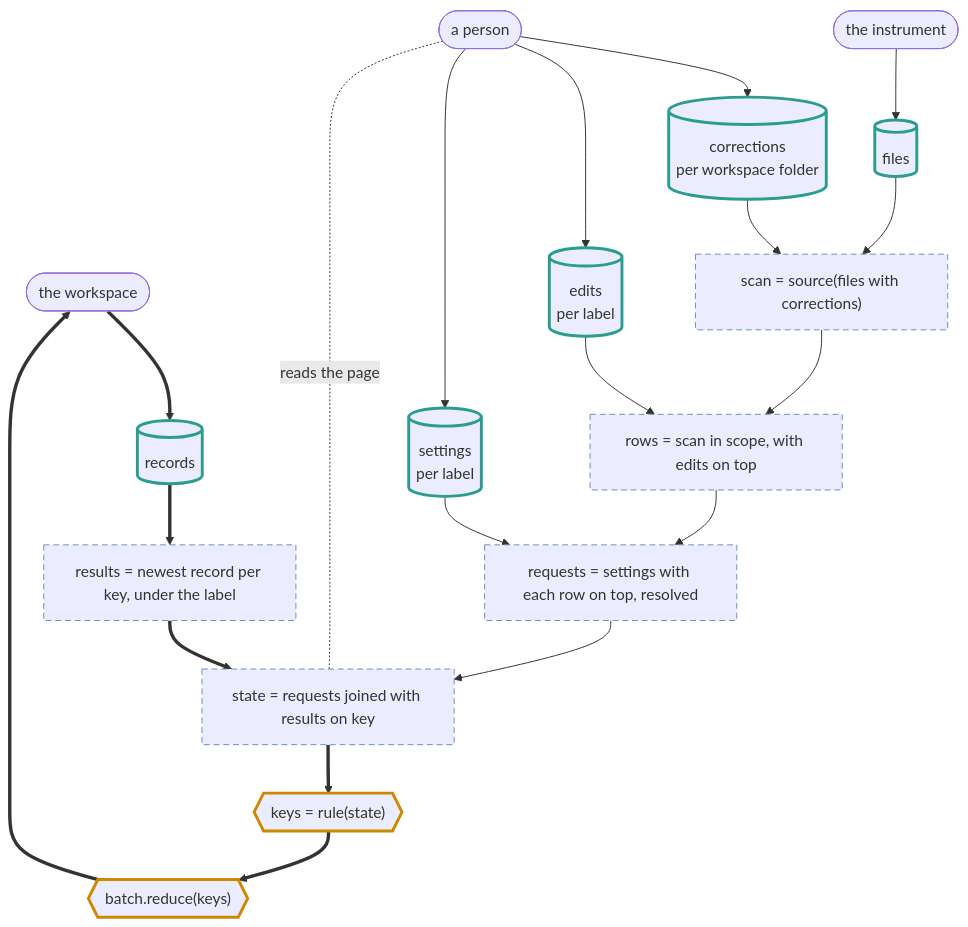
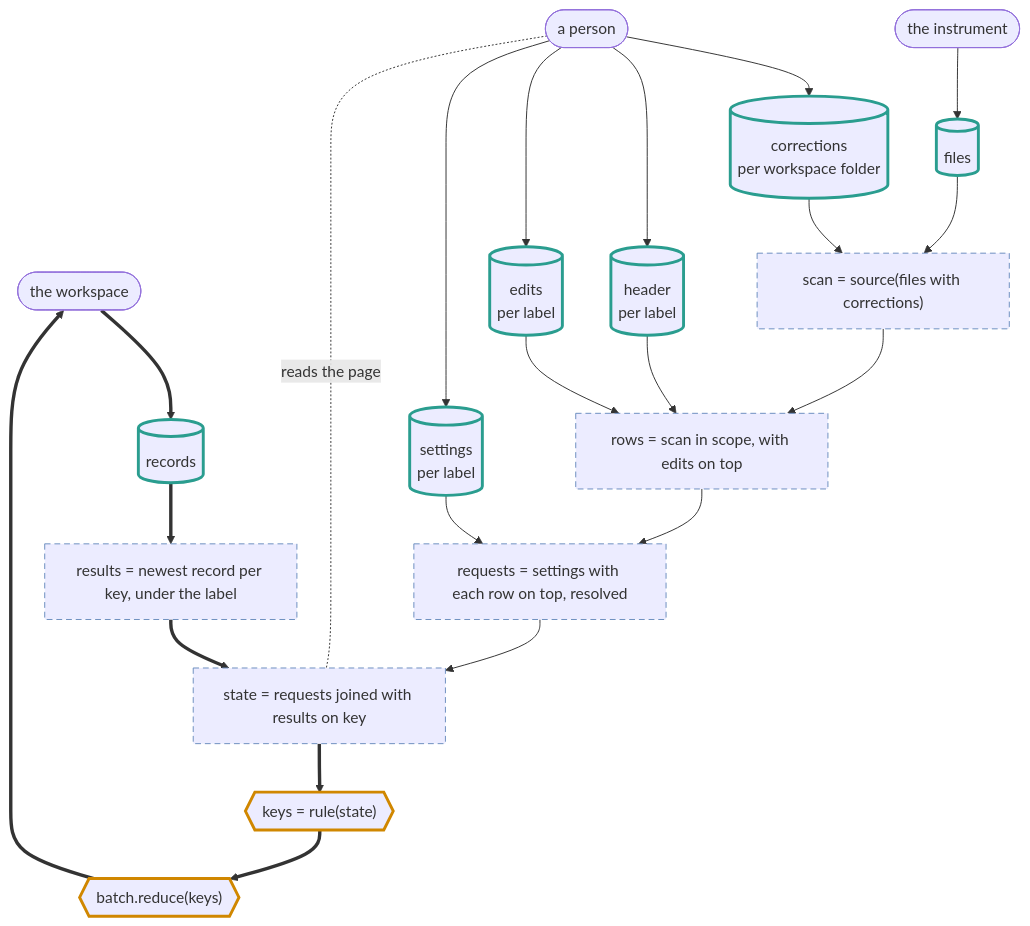
The first of 2 diagrams in packages/essapps/docs/batch.md (scipp/essapps), drawn with Mermaid before and after one commit. The commit also changed other lines of this file and 9 other files, not shown here.

````diff
--- a/packages/essapps/docs/batch.md
+++ b/packages/essapps/docs/batch.md
@@ -97,31 +98,32 @@
 ```mermaid
 flowchart TB
     workspace([the workspace])
     instrument([the instrument])
     person([a person])
     records[(records)]
     files[(files)]
     corrections[("corrections<br>per workspace folder")]
+    header[("header<br>per label")]
     edits[("edits<br>per label")]
     settings[("settings<br>per label")]
     scan["scan = source(files with corrections)"]
     rows["rows = scan in scope, with edits on top"]
     requests["requests = settings with each row on top, resolved"]
     results["results = newest record per key, under the label"]
     state["state = requests joined with results on key"]
     rule{{"keys = rule(state)"}}
     submit{{"batch.reduce(keys)"}}
     workspace ==> records ==> results ==> state ==> rule ==> submit ==> workspace
     instrument --> files
-    person --> corrections & edits & settings
+    person --> corrections & header & edits & settings
     files & corrections --> scan --> rows
-    edits --> rows
+    header & edits --> rows
     rows & settings --> requests --> state
     person -. reads the page .- state
     classDef stored stroke:#2a9d8f,stroke-width:3px
     classDef derived stroke:#6c8ebf,stroke-width:1px,stroke-dasharray:6 4
     classDef cycle stroke:#d08700,stroke-width:3px
-    class files,corrections,edits,settings,records stored
+    class files,corrections,header,edits,settings,records stored
     class scan,rows,requests,results,state derived
     class rule,submit cycle
 ```
````
